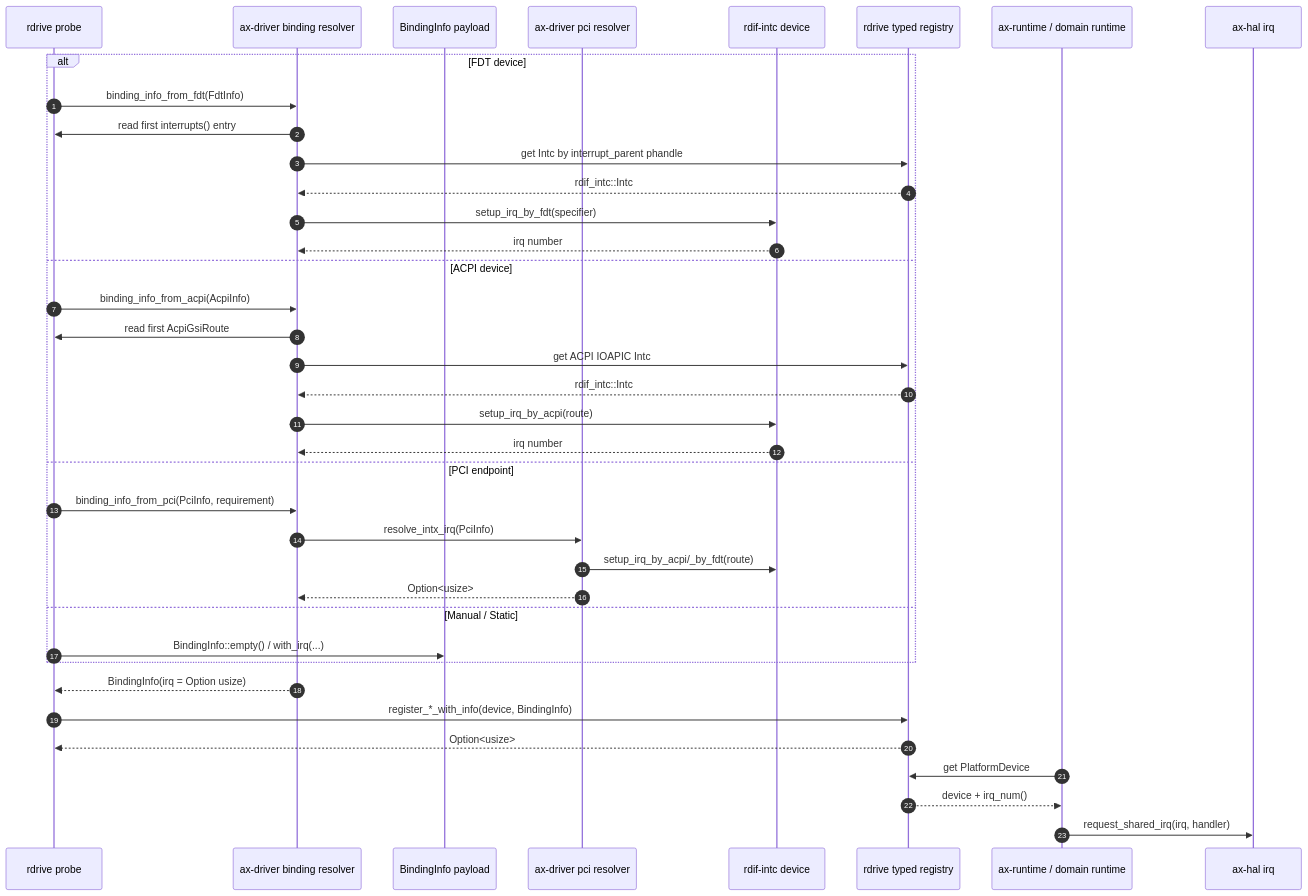
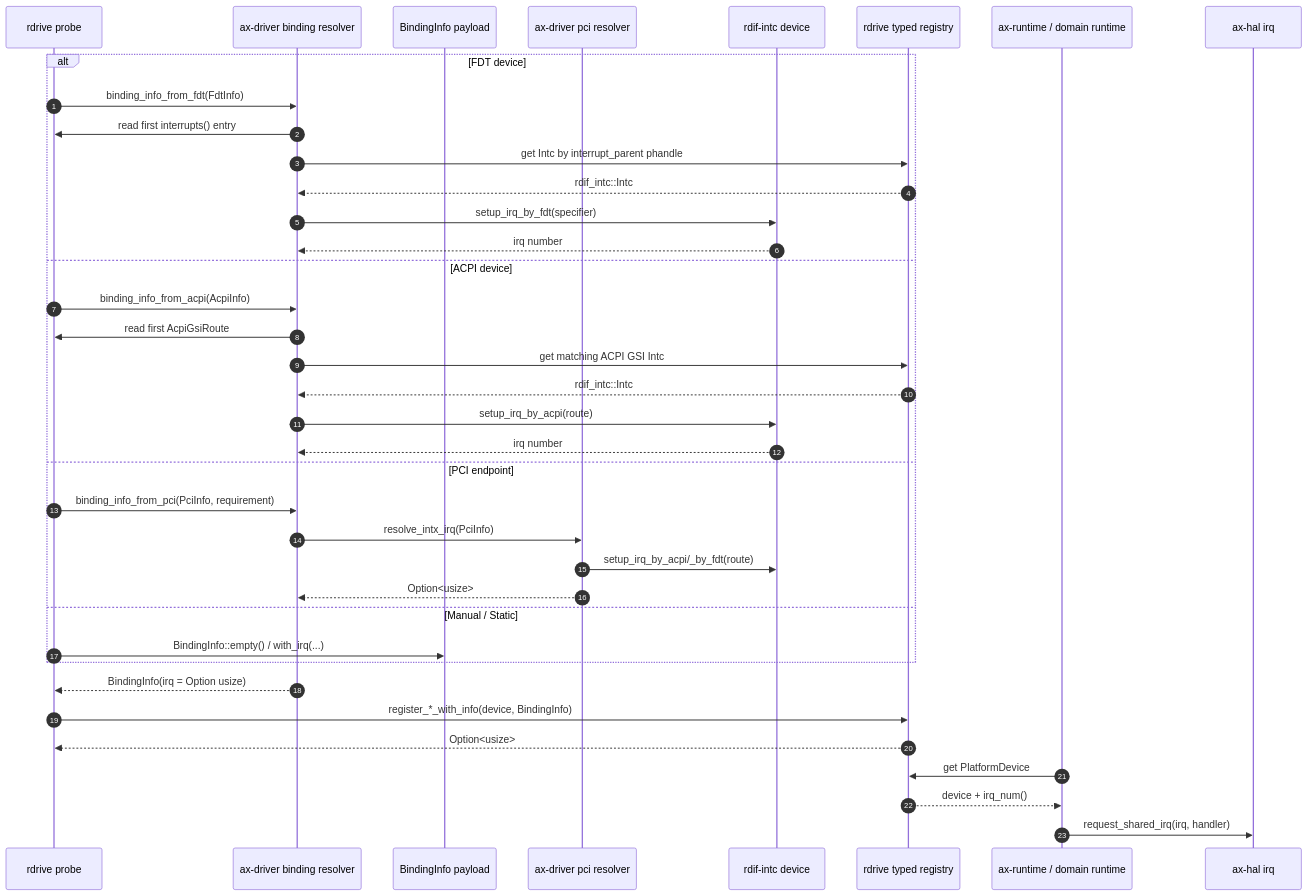
One commit to rcore-os/tgoskits changed the third of 3 diagrams in docs/docs/architecture/rdrive-rdif.md. Above: the diagram before and after it, drawn with Mermaid. The commit also changed other lines of this file and 9 other files, not shown here.

````diff
--- a/docs/docs/architecture/rdrive-rdif.md
+++ b/docs/docs/architecture/rdrive-rdif.md
@@ -166,42 +166,42 @@
 ```mermaid
 sequenceDiagram
     autonumber
     participant Probe as rdrive probe
     participant Resolver as ax-driver binding resolver
     participant Binding as BindingInfo payload
     participant Pci as ax-driver pci resolver
     participant Intc as rdif-intc device
     participant Registry as rdrive typed registry
     participant Runtime as ax-runtime / domain runtime
     participant Hal as ax-hal irq
 
     alt FDT device
         Probe->>Resolver: binding_info_from_fdt(FdtInfo)
         Resolver->>Probe: read first interrupts() entry
         Resolver->>Registry: get Intc by interrupt_parent phandle
         Registry-->>Resolver: rdif_intc::Intc
         Resolver->>Intc: setup_irq_by_fdt(specifier)
         Intc-->>Resolver: irq number
     else ACPI device
         Probe->>Resolver: binding_info_from_acpi(AcpiInfo)
         Resolver->>Probe: read first AcpiGsiRoute
-        Resolver->>Registry: get ACPI IOAPIC Intc
+        Resolver->>Registry: get matching ACPI GSI Intc
         Registry-->>Resolver: rdif_intc::Intc
         Resolver->>Intc: setup_irq_by_acpi(route)
         Intc-->>Resolver: irq number
     else PCI endpoint
         Probe->>Resolver: binding_info_from_pci(PciInfo, requirement)
         Resolver->>Pci: resolve_intx_irq(PciInfo)
         Pci->>Intc: setup_irq_by_acpi/_by_fdt(route)
         Pci-->>Resolver: Option<usize>
     else Manual / Static
         Probe->>Binding: BindingInfo::empty() / with_irq(...)
     end
 
     Resolver-->>Probe: BindingInfo(irq = Option usize)
     Probe->>Registry: register_*_with_info(device, BindingInfo)
     Registry-->>Probe: Option<usize>
     Runtime->>Registry: get PlatformDevice
     Registry-->>Runtime: device + irq_num()
     Runtime->>Hal: request_shared_irq(irq, handler)
 ```
````
